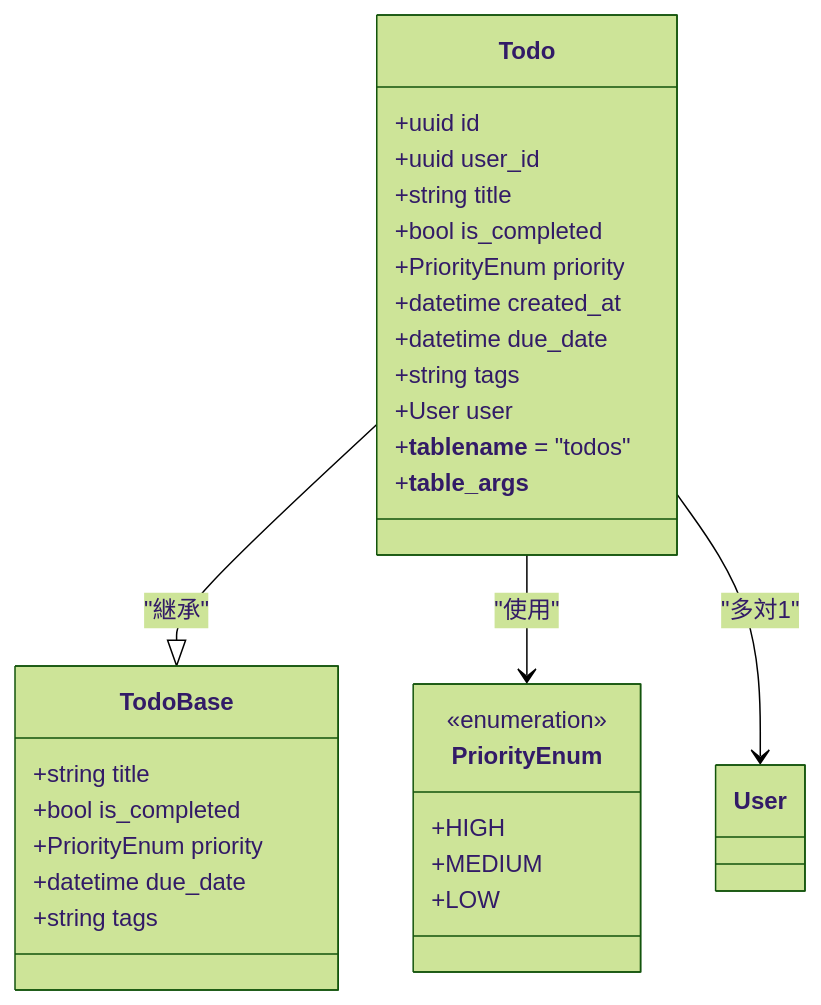
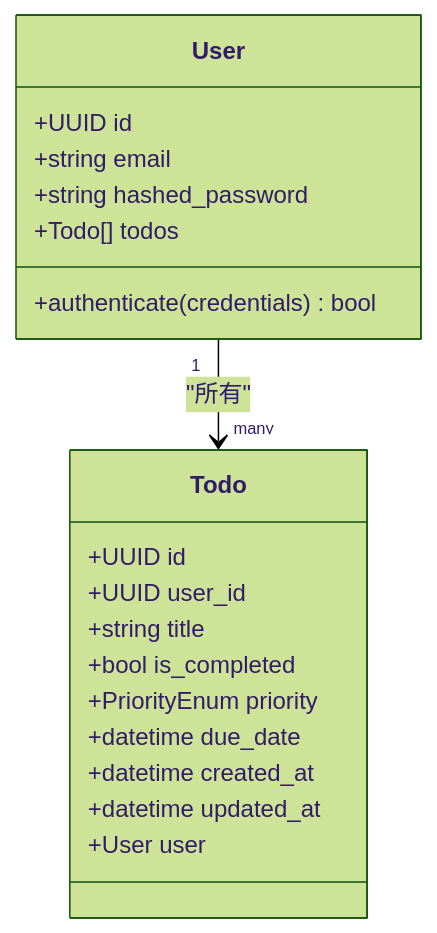
The third of 4 diagrams in .qoder/repowiki/ja/content/データベース設計/データベース設計.md (ss8806/Todos), drawn with Mermaid (forest theme) before and after one commit. The commit also changed other lines of this file and 106 other files, not shown here.

````diff
--- a/.qoder/repowiki/ja/content/データベース設計/データベース設計.md
+++ b/.qoder/repowiki/ja/content/データベース設計/データベース設計.md
@@ -202,32 +213,22 @@
 ```mermaid
 classDiagram
+class User {
++UUID id
++string email
++string hashed_password
++Todo[] todos
++authenticate(credentials) bool
+}
 class Todo {
-+uuid id
-+uuid user_id
-+string title
-+bool is_completed
-+PriorityEnum priority
-+datetime created_at
-+datetime due_date
-+string tags
-+User user
-+__tablename__ = "todos"
-+__table_args__
-}
-class PriorityEnum {
-<<enumeration>>
-+HIGH
-+MEDIUM
-+LOW
-}
-class TodoBase {
++UUID id
++UUID user_id
 +string title
 +bool is_completed
 +PriorityEnum priority
 +datetime due_date
-+string tags
++datetime created_at
++datetime updated_at
++User user
 }
-Todo --|> TodoBase : "継承"
-Todo --> PriorityEnum : "使用"
-Todo --> User : "多対1"
+User "1" --> "many" Todo : "所有"
 ```
````
